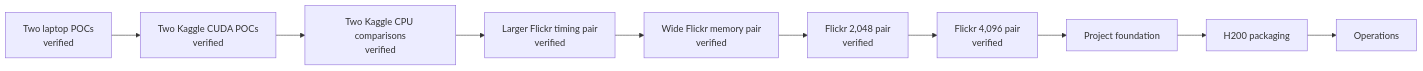
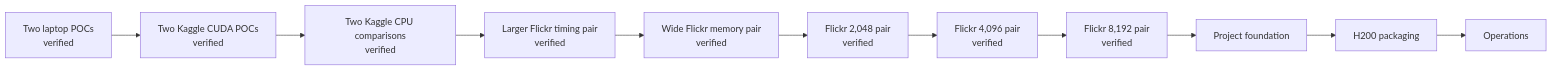
The diagram in docs/05-plan/phases.md (gh-andirdju/ml), drawn with Mermaid before and after one commit. The commit also changed other lines of this file and 12 other files, not shown here.

````diff
--- a/docs/05-plan/phases.md
+++ b/docs/05-plan/phases.md
@@ -9,12 +9,13 @@
 ```mermaid
 flowchart LR
     local[Two laptop POCs<br/>verified] --> kaggle[Two Kaggle CUDA POCs<br/>verified]
     kaggle --> cpu[Two Kaggle CPU comparisons<br/>verified]
     cpu --> larger[Larger Flickr timing pair<br/>verified]
     larger --> memory[Wide Flickr memory pair<br/>verified]
     memory --> larger_memory[Flickr 2,048 pair<br/>verified]
-    larger_memory --> maximum_memory[Flickr 4,096 pair<br/>verified]
+    larger_memory --> high_memory[Flickr 4,096 pair<br/>verified]
+    high_memory --> maximum_memory[Flickr 8,192 pair<br/>verified]
     maximum_memory --> foundation[Project foundation]
     foundation --> cluster[H200 packaging]
     cluster --> operations[Operations]
 ```
````
